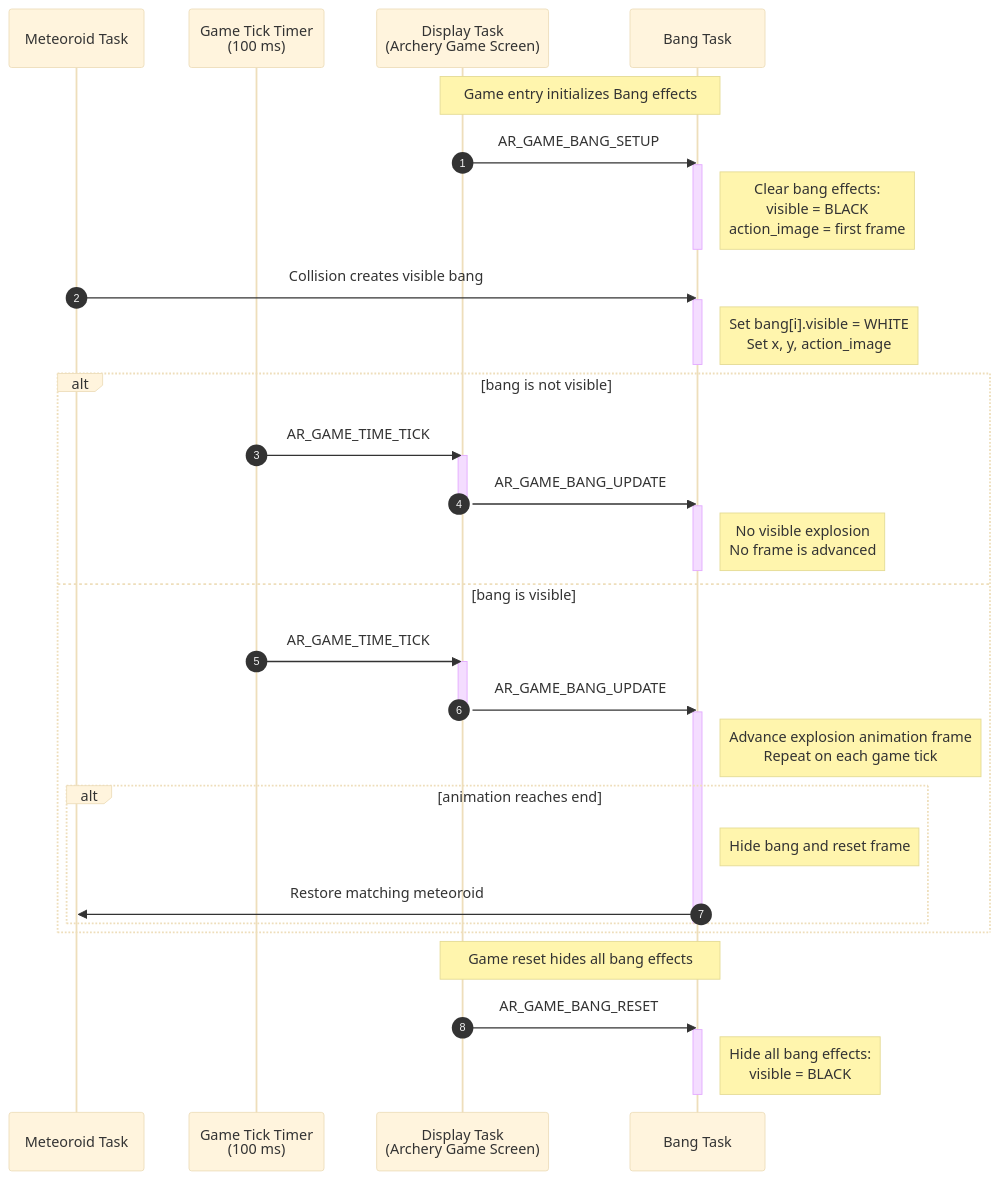
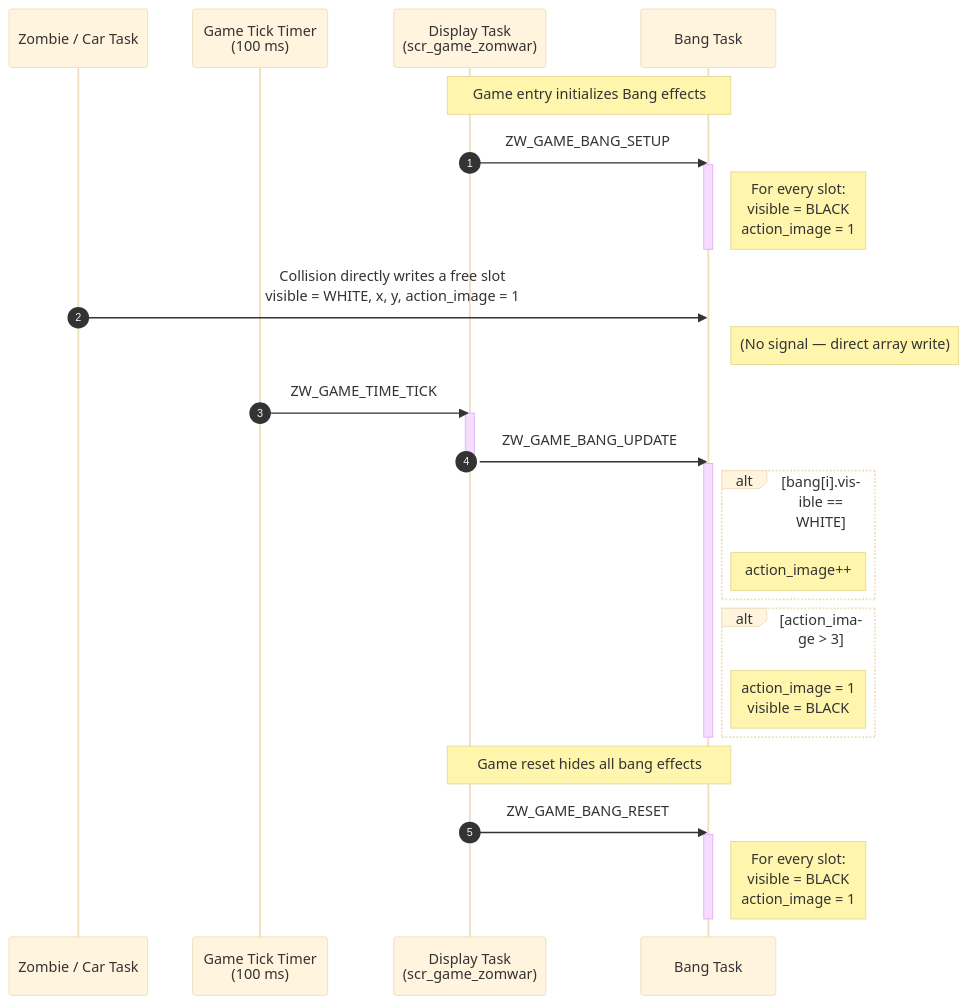
The fourth of 7 diagrams in docs/zw_game_object_sequence.md (caotrongphuoc/mini-clock), drawn with Mermaid (base theme) before and after one commit. The commit also changed other lines of this file, not shown here.

Commit message:
[UPDATE] zw_game_object_sequence

````diff
--- a/docs/zw_game_object_sequence.md
+++ b/docs/zw_game_object_sequence.md
@@ -183,50 +194,38 @@
 ```mermaid
 sequenceDiagram
     autonumber
-    participant Meteoroid as Meteoroid Task
+    participant Zombie as Zombie / Car Task
     participant Timer as Game Tick Timer<br/>(100 ms)
-    participant Screen as Display Task<br/>(Archery Game Screen)
+    participant Screen as Display Task<br/>(scr_game_zomwar)
     participant Bang as Bang Task
 
     Note over Screen,Bang: Game entry initializes Bang effects
 
-    Screen->>Bang: AR_GAME_BANG_SETUP
+    Screen->>Bang: ZW_GAME_BANG_SETUP
     activate Bang
-    Note right of Bang: Clear bang effects:<br/>visible = BLACK<br/>action_image = first frame
+    Note right of Bang: For every slot:<br/>visible = BLACK<br/>action_image = 1
     deactivate Bang
 
-    Meteoroid->>Bang: Collision creates visible bang
+    Zombie->>Bang: Collision directly writes a free slot<br/>visible = WHITE, x, y, action_image = 1
+    Note right of Bang: (No signal — direct array write)
+
+    Timer->>Screen: ZW_GAME_TIME_TICK
+    activate Screen
+    Screen->>Bang: ZW_GAME_BANG_UPDATE
+    deactivate Screen
     activate Bang
-    Note right of Bang: Set bang[i].visible = WHITE<br/>Set x, y, action_image
+    alt bang[i].visible == WHITE
+        Note right of Bang: action_image++
+    end
+    alt action_image > 3
+        Note right of Bang: action_image = 1<br/>visible = BLACK
+    end
     deactivate Bang
-
-    alt bang is not visible
-        Timer->>Screen: AR_GAME_TIME_TICK
-        activate Screen
-        Screen->>Bang: AR_GAME_BANG_UPDATE
-        deactivate Screen
-        activate Bang
-        Note right of Bang: No visible explosion<br/>No frame is advanced
-        deactivate Bang
-    else bang is visible
-        Timer->>Screen: AR_GAME_TIME_TICK
-        activate Screen
-        Screen->>Bang: AR_GAME_BANG_UPDATE
-        deactivate Screen
-        activate Bang
-        Note right of Bang: Advance explosion animation frame<br/>Repeat on each game tick
-
-        alt animation reaches end
-            Note right of Bang: Hide bang and reset frame
-            Bang->>Meteoroid: Restore matching meteoroid
-        end
-        deactivate Bang
-    end
 
     Note over Screen,Bang: Game reset hides all bang effects
 
-    Screen->>Bang: AR_GAME_BANG_RESET
+    Screen->>Bang: ZW_GAME_BANG_RESET
     activate Bang
-    Note right of Bang: Hide all bang effects:<br/>visible = BLACK
+    Note right of Bang: For every slot:<br/>visible = BLACK<br/>action_image = 1
     deactivate Bang
 ```
````
